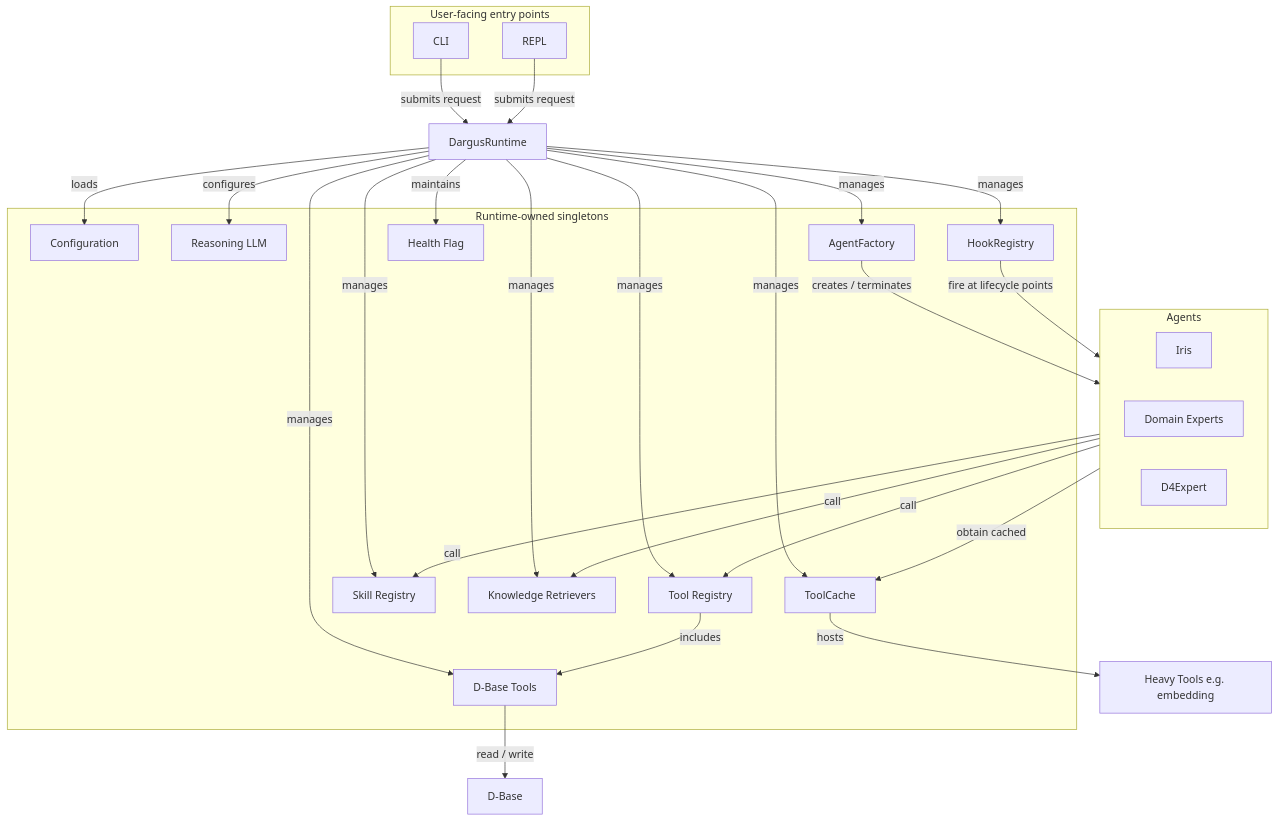
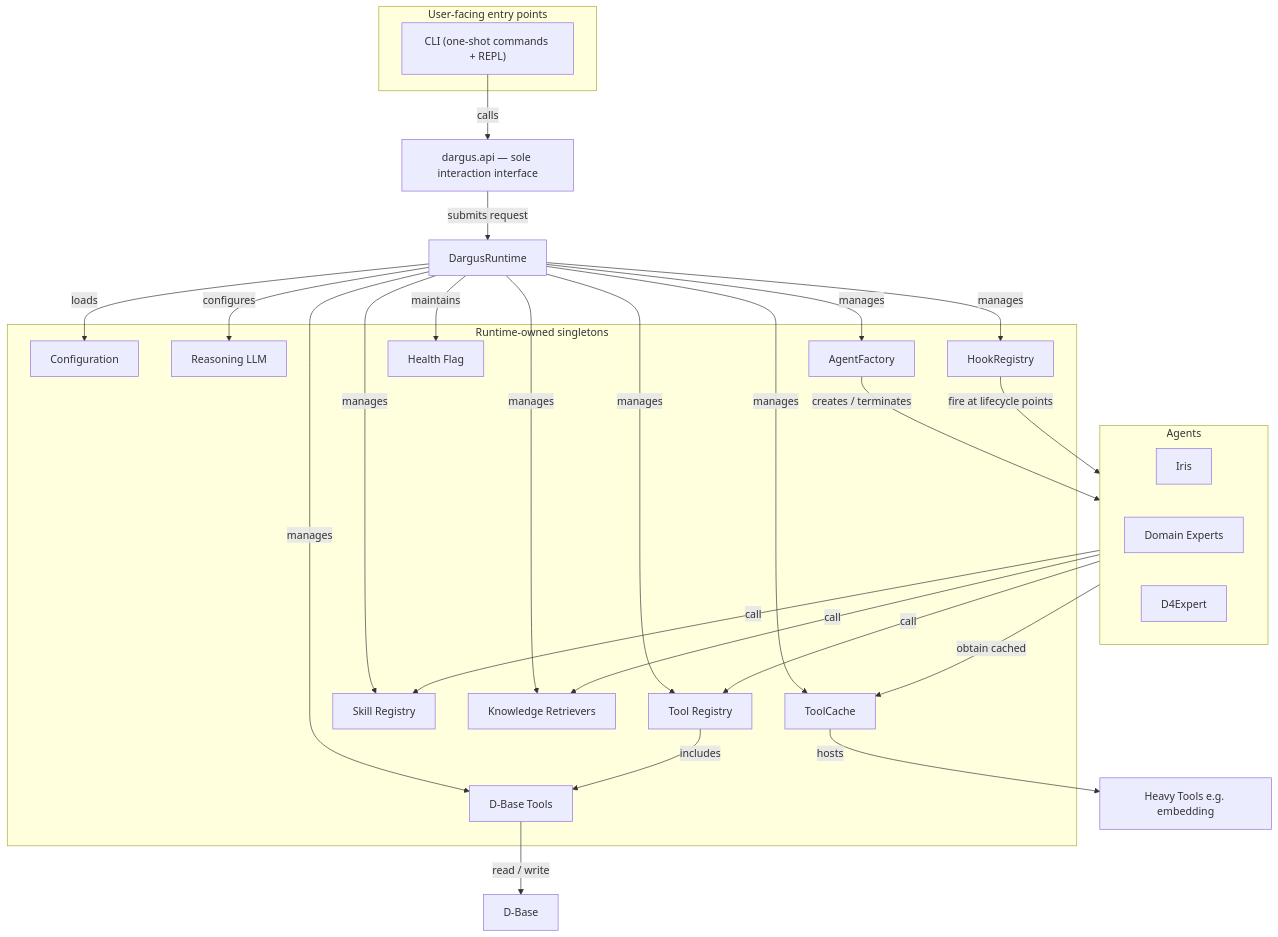
One commit to Moke110/Dargus changed the diagram in design/3_runtime.md. Above: the diagram before and after it, drawn with Mermaid. The commit also changed other lines of this file and 6 other files, not shown here.

Commit message:
docs(design): align design docs with v0.19.0 CLI/API refactor

````diff
--- a/design/3_runtime.md
+++ b/design/3_runtime.md
@@ -29,54 +29,54 @@
 ```mermaid
 flowchart TB
     subgraph EntryPoints["User-facing entry points"]
-        CLI[CLI]
-        REPL[REPL]
+        CLI["CLI (one-shot commands + REPL)"]
     end
 
+    API["dargus.api — sole interaction interface"]
     Runtime[DargusRuntime]
 
     subgraph Singletons["Runtime-owned singletons"]
         Config[Configuration]
         LLM[Reasoning LLM]
         ToolReg[Tool Registry]
         SkillReg[Skill Registry]
         KnowReg[Knowledge Retrievers]
         DBTools[D-Base Tools]
         HookReg[HookRegistry]
         Factory[AgentFactory]
         Cache[ToolCache]
         Health[Health Flag]
     end
 
-    CLI -->|submits request| Runtime
-    REPL -->|submits request| Runtime
+    CLI -->|calls| API
+    API -->|submits request| Runtime
 
     Runtime -->|loads| Config
     Runtime -->|configures| LLM
     Runtime -->|manages| ToolReg
     Runtime -->|manages| SkillReg
     Runtime -->|manages| KnowReg
     Runtime -->|manages| DBTools
     Runtime -->|manages| HookReg
     Runtime -->|manages| Factory
     Runtime -->|manages| Cache
     Runtime -->|maintains| Health
 
     Factory -->|creates / terminates| Agents
     subgraph Agents["Agents"]
         Iris[Iris]
         Domain[Domain Experts]
         D4[D4Expert]
     end
 
     Agents -->|call| ToolReg
     Agents -->|call| SkillReg
     Agents -->|call| KnowReg
     ToolReg -->|includes| DBTools
     DBTools -->|read / write| DBase[D-Base]
 
     Cache -->|hosts| Heavy[Heavy Tools e.g. embedding]
     Agents -->|obtain cached| Cache
 
     HookReg -->|fire at lifecycle points| Agents
 ```
````
